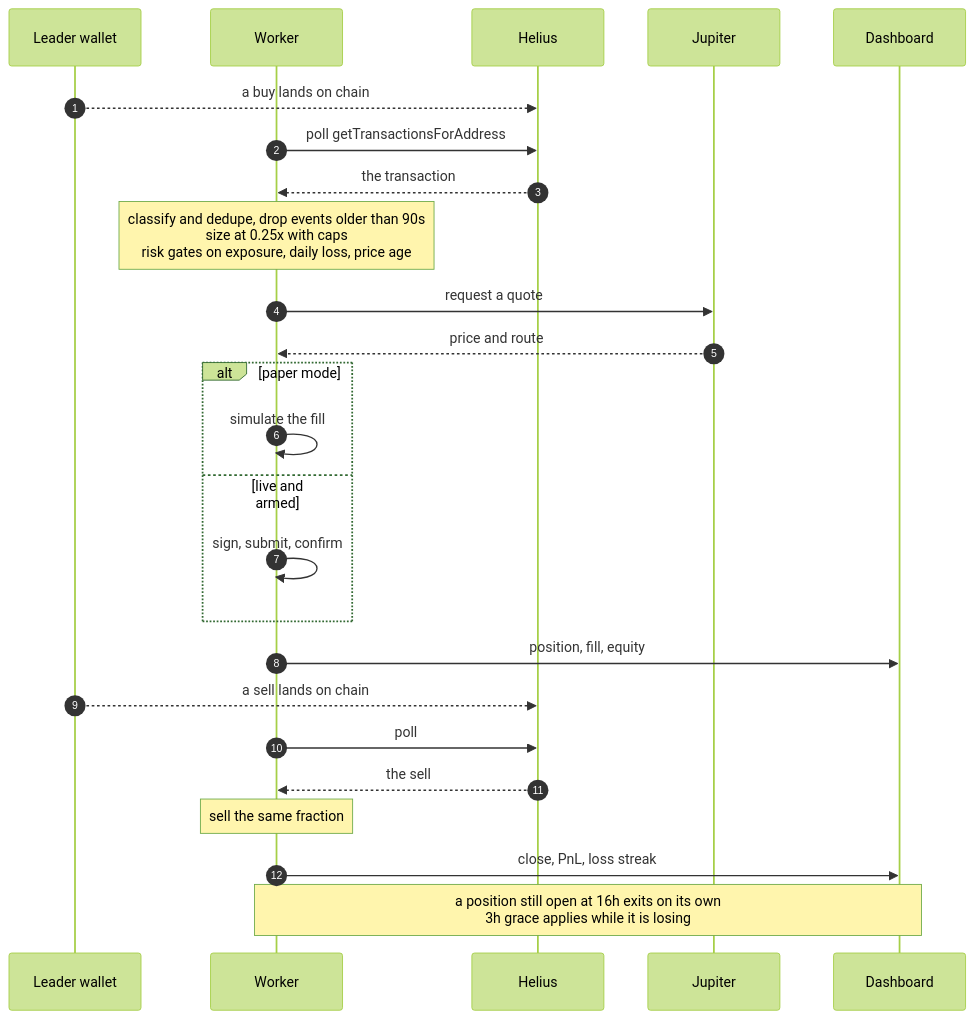
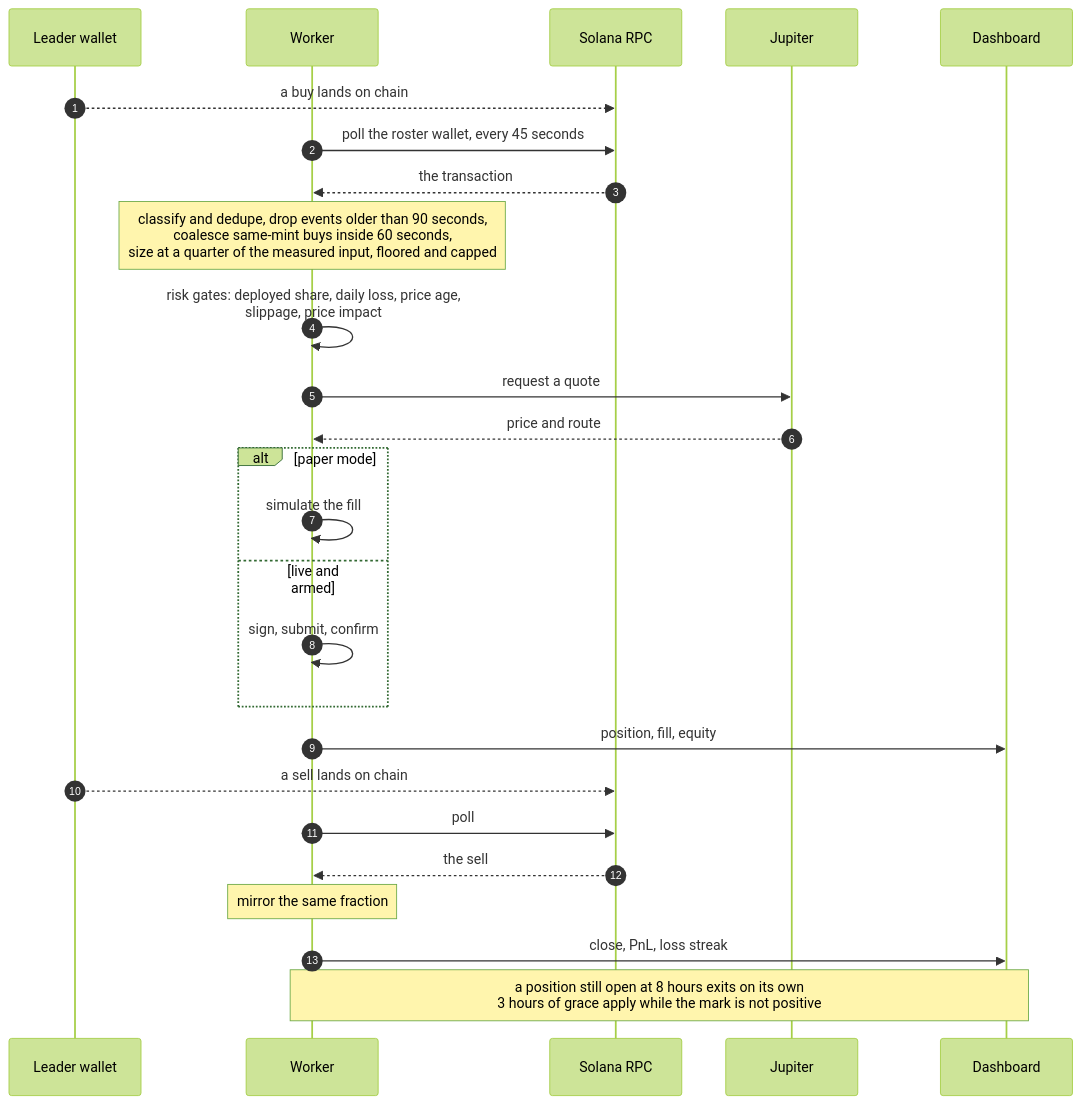
The diagram in docs/diagrams/one-copied-trade.mmd (RuneL89/zcode-copytrade-bot), drawn with Mermaid (forest theme) before and after one commit. The commit also changed 13 other files, not shown here.

First line of the commit message:
README: rewrite for Copydesk, with the pipeline diagrams

```diff
--- a/docs/diagrams/one-copied-trade.mmd
+++ b/docs/diagrams/one-copied-trade.mmd
@@ -1,29 +1,30 @@
 %% Render: ~/.zcode/tools/mermaid-render/render.sh -i one-copied-trade.mmd -o ../images/one-copied-trade.png -b white -s 2 -w 1600
 sequenceDiagram
     autonumber
     participant L as Leader wallet
     participant W as Worker
-    participant H as Helius
+    participant R as Solana RPC
     participant J as Jupiter
     participant D as Dashboard
 
-    L-->>H: a buy lands on chain
-    W->>H: poll getTransactionsForAddress
-    H-->>W: the transaction
-    Note over W: classify and dedupe, drop events older than 90s<br/>size at 0.25x with caps<br/>risk gates on exposure, daily loss, price age
+    L-->>R: a buy lands on chain
+    W->>R: poll the roster wallet, every 45 seconds
+    R-->>W: the transaction
+    Note over W: classify and dedupe, drop events older than 90 seconds,<br/>coalesce same-mint buys inside 60 seconds,<br/>size at a quarter of the measured input, floored and capped
+    W->>W: risk gates: deployed share, daily loss, price age,<br/>slippage, price impact
     W->>J: request a quote
     J-->>W: price and route
     alt paper mode
         W->>W: simulate the fill
     else live and armed
         W->>W: sign, submit, confirm
     end
     W->>D: position, fill, equity
 
-    L-->>H: a sell lands on chain
-    W->>H: poll
-    H-->>W: the sell
-    Note over W: sell the same fraction
+    L-->>R: a sell lands on chain
+    W->>R: poll
+    R-->>W: the sell
+    Note over W: mirror the same fraction
     W->>D: close, PnL, loss streak
 
-    Note over W,D: a position still open at 16h exits on its own<br/>3h grace applies while it is losing
+    Note over W,D: a position still open at 8 hours exits on its own<br/>3 hours of grace apply while the mark is not positive
```
